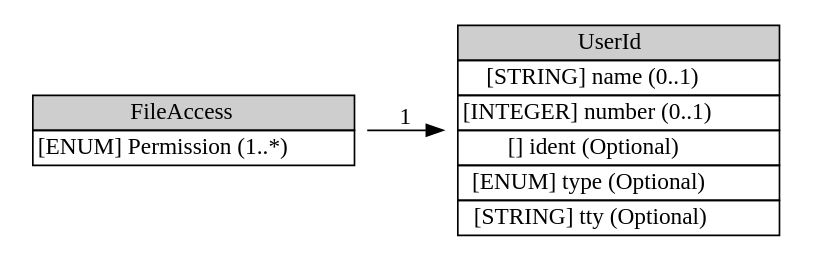
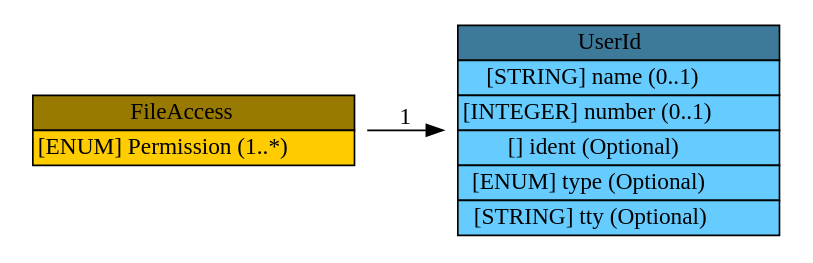
Before and after one commit to Moutix/idmef_parser: the diagram in idmef/graph/FileAccess.dot, drawn with Graphviz. The commit also changed 257 other files, not shown here.

Commit message:
Add color in IDMEF graph

```diff
--- a/idmef/graph/FileAccess.dot
+++ b/idmef/graph/FileAccess.dot
@@ -1,8 +1,8 @@
 digraph FileAccess {
 	graph [rankdir=LR];
 	node [label="\N"];
 	graph [bb="0,0,448,128"];
-	FileAccess [label=<<table BORDER="0" CELLBORDER="1" CELLSPACING="0"> <tr > <td BGCOLOR="#CECECE" HREF="#" TITLE="The FileAccess class represents the access permissions on a file. The representation is intended to be useful across operating systems. ">FileAccess</td> </tr>" %<tr><td HREF="#" TITLE="Level of access allowed.  The permitted values are shown below.  There is no default value.  (See also Section 10.)">[ENUM] Permission (1..*) </td></tr>%</table>>, shape=plaintext, pos="100,64", width="2.75", height="0.68056"];
-	UserId [label=<<table BORDER="0" CELLBORDER="1" CELLSPACING="0"> <tr > <td BGCOLOR="#CECECE" HREF="#" TITLE="The UserId class provides specific information about a user. More than one UserId can be used within the User class to indicate attempts to transition from one user to another, or to provide complete information about a user&#39;s (or process&#39;) privileges. ">UserId</td> </tr>" %<tr><td HREF="#" TITLE="A user or group name.">[STRING] name (0..1) </td></tr>%<tr><td HREF="#" TITLE="A user or group number.">[INTEGER] number (0..1) </td></tr>%<tr><td HREF="#" TITLE="A unique identifier for the user id, see Section 3.2.9.">[] ident (Optional) </td></tr>%<tr><td HREF="#" TITLE="The type of user information represented.  The permitted values for this attribute are shown below.  The default value is &quot;original-user&quot;.  (See also Section 10.)">[ENUM] type (Optional) </td></tr>%<tr><td HREF="#" TITLE="The tty the user is using.">[STRING] tty (Optional) </td></tr>%</table>>, shape=plaintext, pos="347,64", width="2.7778", height="1.7917"];
+	FileAccess [label=<<table BORDER="0" CELLBORDER="1" CELLSPACING="0"> <tr > <td BGCOLOR="#997a00" HREF="#" TITLE="The FileAccess class represents the access permissions on a file. The representation is intended to be useful across operating systems. ">FileAccess</td> </tr>" %<tr><td BGCOLOR="#FFCC00" HREF="#" TITLE="Level of access allowed.  The permitted values are shown below.  There is no default value.  (See also Section 10.)">[ENUM] Permission (1..*) </td></tr>%</table>>, shape=plaintext, pos="100,64", width="2.75", height="0.68056"];
+	UserId [label=<<table BORDER="0" CELLBORDER="1" CELLSPACING="0"> <tr > <td BGCOLOR="#3d7a99" HREF="#" TITLE="The UserId class provides specific information about a user. More than one UserId can be used within the User class to indicate attempts to transition from one user to another, or to provide complete information about a user&#39;s (or process&#39;) privileges. ">UserId</td> </tr>" %<tr><td BGCOLOR="#66CCFF" HREF="#" TITLE="A user or group name.">[STRING] name (0..1) </td></tr>%<tr><td BGCOLOR="#66CCFF" HREF="#" TITLE="A user or group number.">[INTEGER] number (0..1) </td></tr>%<tr><td BGCOLOR="#66CCFF" HREF="#" TITLE="A unique identifier for the user id, see Section 3.2.9.">[] ident (Optional) </td></tr>%<tr><td BGCOLOR="#66CCFF" HREF="#" TITLE="The type of user information represented.  The permitted values for this attribute are shown below.  The default value is &quot;original-user&quot;.  (See also Section 10.)">[ENUM] type (Optional) </td></tr>%<tr><td BGCOLOR="#66CCFF" HREF="#" TITLE="The tty the user is using.">[STRING] tty (Optional) </td></tr>%</table>>, shape=plaintext, pos="347,64", width="2.7778", height="1.7917"];
 	FileAccess -> UserId [label=1, pos="e,246.47,64 199.75,64 211.78,64 224.12,64 236.3,64", lp="223,72.5"];
 }
```
